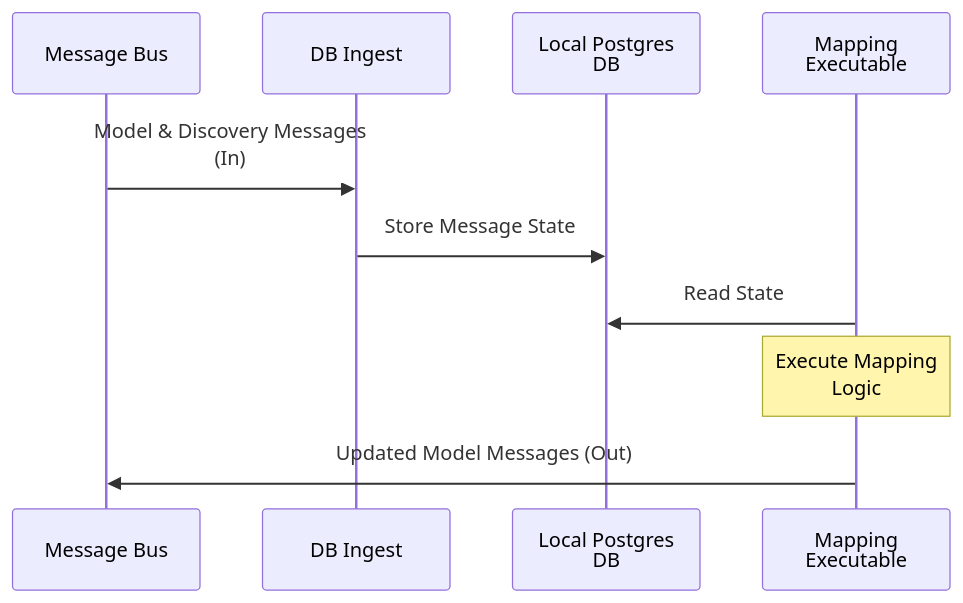
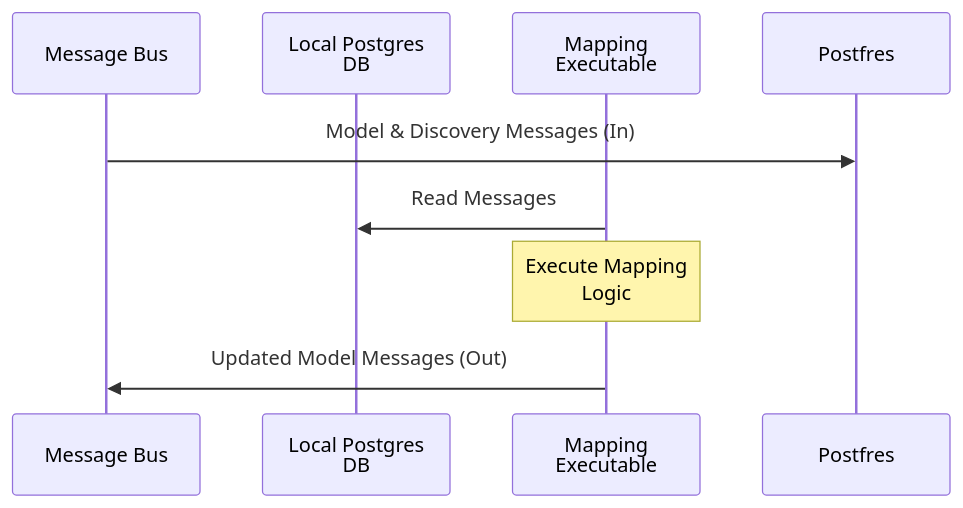
The second of 2 diagrams in docs/specs/mapping.md (faucetsdn/udmi), drawn with Mermaid before and after one commit. The commit also changed other lines of this file, not shown here.

````diff
--- a/docs/specs/mapping.md
+++ b/docs/specs/mapping.md
@@ -59,14 +63,12 @@
 ```mermaid
 sequenceDiagram
   %%{wrap}%%
   participant MessageBus as Message Bus
-  participant Ingest as DB Ingest
   participant Postgres as Local Postgres DB
   participant Logic as Mapping Executable
   
-  MessageBus->>Ingest: Model & Discovery Messages (In)
-  Ingest->>Postgres: Store Message State
-  Logic->>Postgres: Read State
+  MessageBus->>Postfres: Model & Discovery Messages (In)
+  Logic->>Postgres: Read Messages
   Note over Logic: Execute Mapping Logic
   Logic->>MessageBus: Updated Model Messages (Out)
 ```
````
